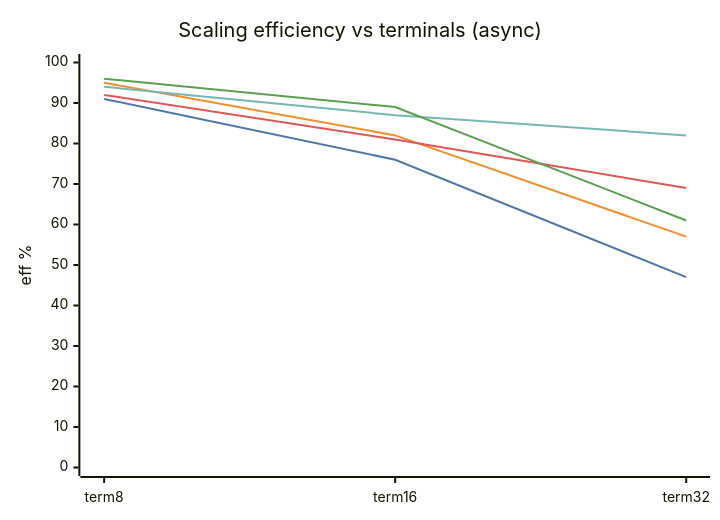
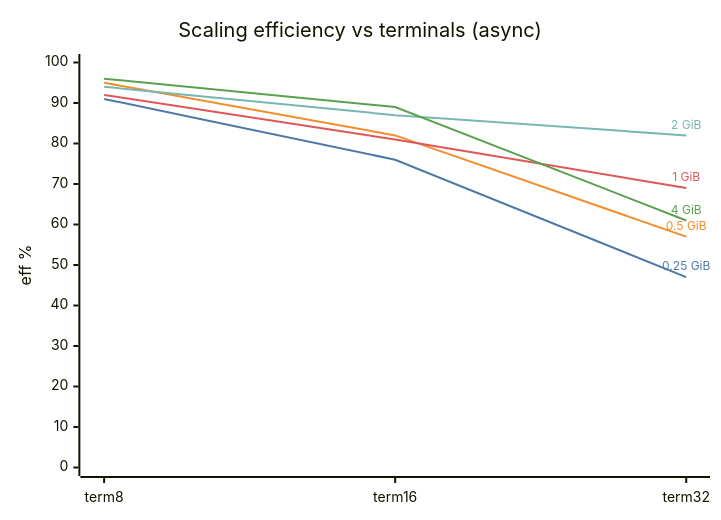
One commit to SpareCores/sc-db-benchmark-tmp changed diagram 19 of 20 in RESULTS.md. Above: the diagram before and after it, drawn with Mermaid. The commit also changed other lines of this file, not shown here.

````diff
--- a/RESULTS.md
+++ b/RESULTS.md
@@ -791,17 +791,17 @@
 ```mermaid
 ---
 config:
   themeVariables:
     xyChart:
       plotColorPalette: "#4e79a7, #f28e2b, #e15759, #76b7b2, #59a14f"
 ---
 xychart-beta
     title "Scaling efficiency vs terminals (async)"
     x-axis [term8, term16, term32]
     y-axis "eff %" 0 --> 100
-    line "0.25 GiB" [91, 76, 47]
-    line "0.5 GiB" [95, 82, 57]
-    line "1 GiB" [92, 81, 69]
-    line "2 GiB" [94, 87, 82]
-    line "4 GiB" [96, 89, 61]
+    line "0.25 GiB" [91, 76, 47 "0.25 GiB"]
+    line "0.5 GiB" [95, 82, 57 "0.5 GiB"]
+    line "1 GiB" [92, 81, 69 "1 GiB"]
+    line "2 GiB" [94, 87, 82 "2 GiB"]
+    line "4 GiB" [96, 89, 61 "4 GiB"]
 ```
````
